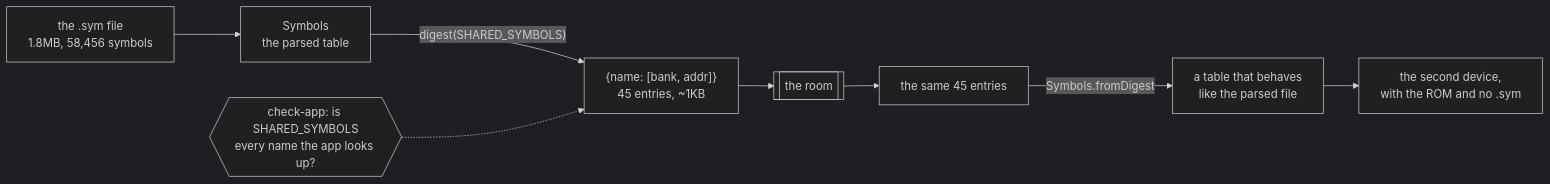
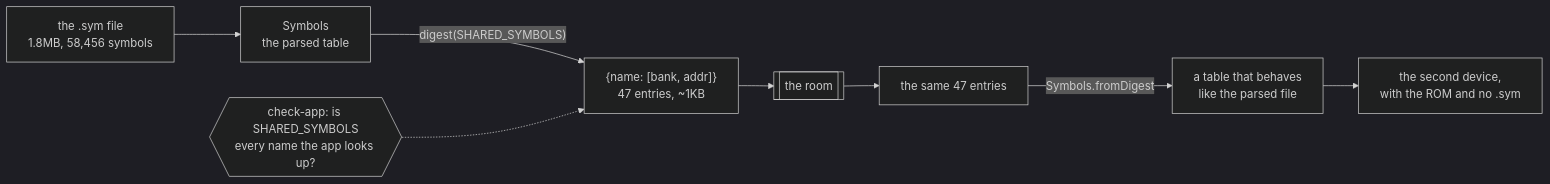
Before and after one commit to minormending/crystal-pilot-mobile: diagram 26 of 27 in docs/CODE.md, drawn with Mermaid (dark theme). The commit also changed other lines of this file and 7 other files, not shown here.

````diff
--- a/docs/CODE.md
+++ b/docs/CODE.md
@@ -3386,10 +3485,10 @@
 ```mermaid
 flowchart LR
     F["the .sym file<br/>1.8MB, 58,456 symbols"] --> S["Symbols<br/>the parsed table"]
-    S -->|"digest(SHARED_SYMBOLS)"| D["{name: [bank, addr]}<br/>45 entries, ~1KB"]
+    S -->|"digest(SHARED_SYMBOLS)"| D["{name: [bank, addr]}<br/>47 entries, ~1KB"]
     D --> R[["the room"]]
-    R --> D2["the same 45 entries"]
+    R --> D2["the same 47 entries"]
     D2 -->|"Symbols.fromDigest"| T["a table that behaves<br/>like the parsed file"]
     T --> APP["the second device,<br/>with the ROM and no .sym"]
     C{{"check-app: is SHARED_SYMBOLS<br/>every name the app looks up?"}} -.-> D
 ```
````
